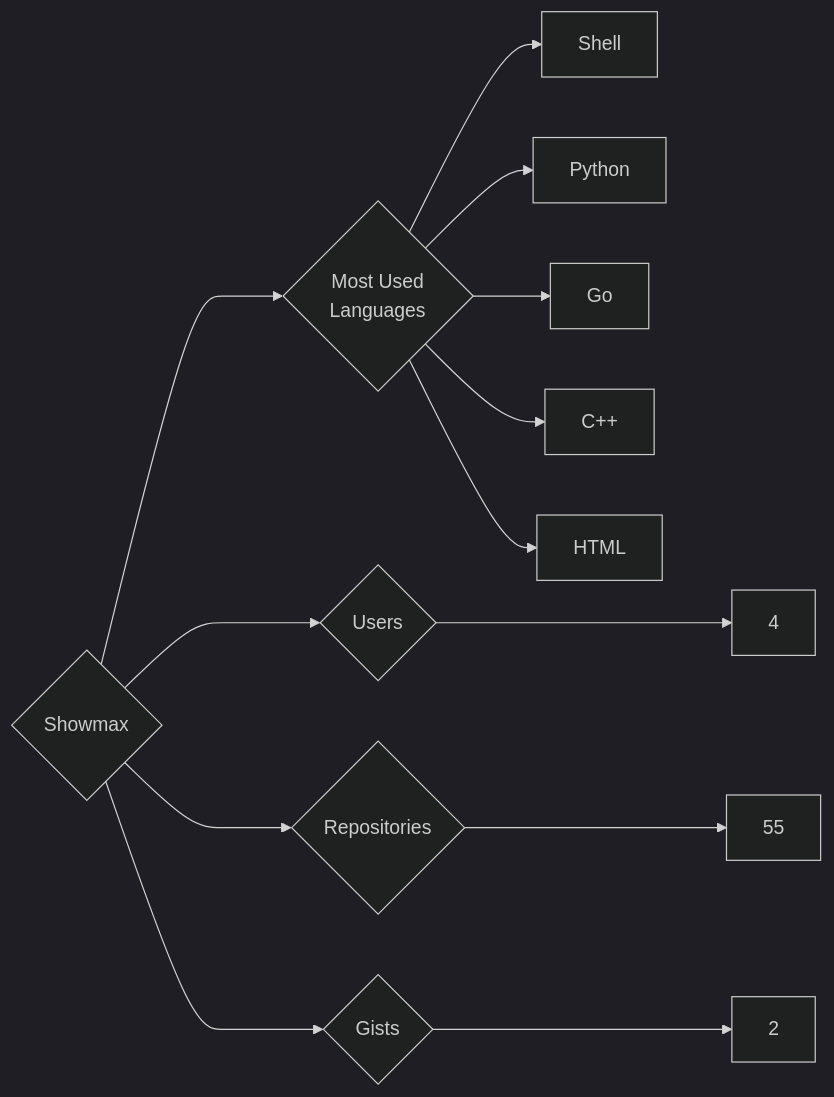
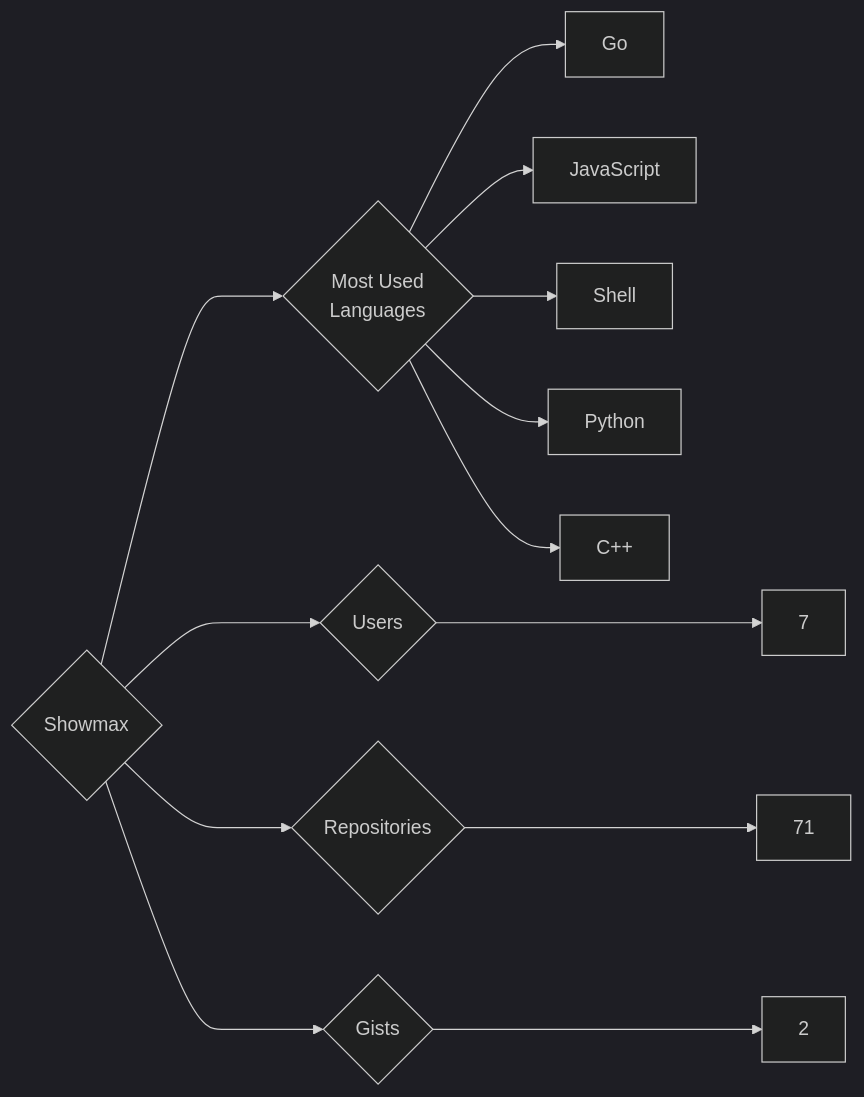
Before and after one commit to trickest/insiders: the diagram in targets/Showmax/README.md, drawn with Mermaid (dark theme). The commit also changed 770 other files, not shown here.

````diff
--- a/targets/Showmax/README.md
+++ b/targets/Showmax/README.md
@@ -3,13 +3,13 @@
 ```mermaid
 graph LR
 COMPANY_NAME{Showmax}
-COMPANY_NAME ---> U{Users} ---> UN[4]
-COMPANY_NAME ---> R{Repositories} ---> RN[55]
+COMPANY_NAME ---> U{Users} ---> UN[7]
+COMPANY_NAME ---> R{Repositories} ---> RN[71]
 COMPANY_NAME ---> G{Gists} ---> GN[2]
 COMPANY_NAME ---> ML{Most Used<br>Languages}
+ML --> Go[Go]
+ML --> JavaScript[JavaScript]
 ML --> Shell[Shell]
 ML --> Python[Python]
-ML --> Go[Go]
 ML --> C++[C++]
-ML --> HTML[HTML]
 ```
````
